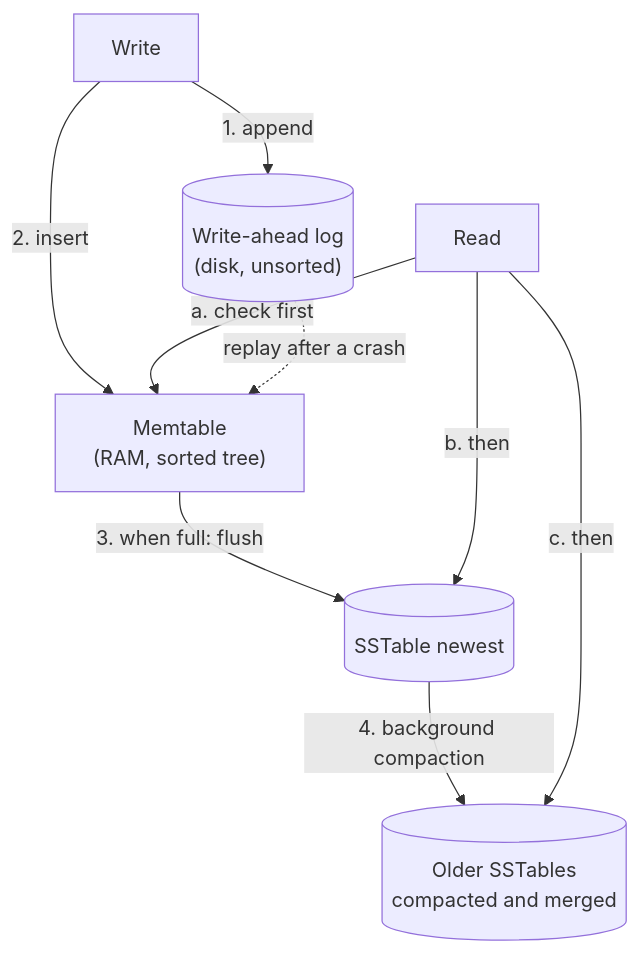
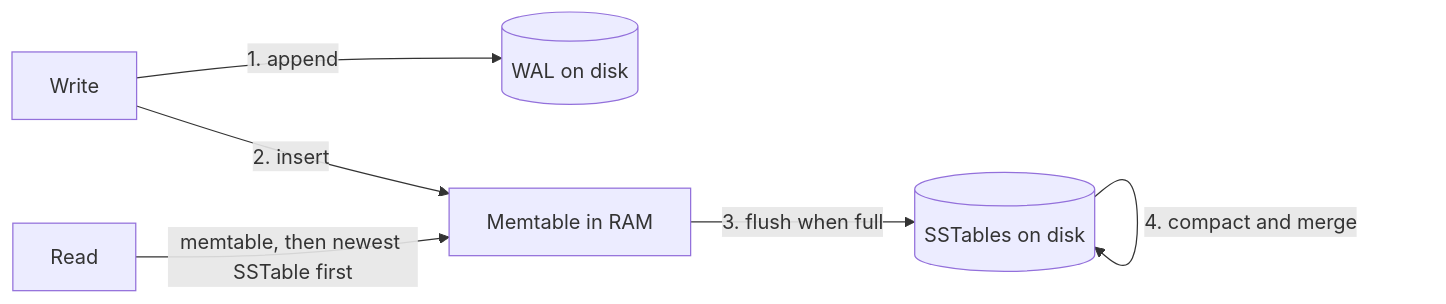
Before and after one commit to aaryan-pradhan/core-cs-fundamentals: the diagram in hld/17-storage-engines.md, drawn with Mermaid. The commit also changed other lines of this file, not shown here.

````diff
--- a/hld/17-storage-engines.md
+++ b/hld/17-storage-engines.md
@@ -141,11 +30,8 @@
 ```mermaid
-flowchart TB
-    W["Write"] -->|"1. append"| L[("Write-ahead log<br/>(disk, unsorted)")]
-    W -->|"2. insert"| MT["Memtable<br/>(RAM, sorted tree)"]
-    MT -->|"3. when full: flush"| S1[("SSTable newest")]
-    S1 -->|"4. background compaction"| S2[("Older SSTables<br/>compacted and merged")]
-    R["Read"] -->|"a. check first"| MT
-    R -->|"b. then"| S1
-    R -->|"c. then"| S2
-    L -.->|"replay after a crash"| MT
+flowchart LR
+    W["Write"] -->|"1. append"| L[("WAL on disk")]
+    W -->|"2. insert"| M["Memtable in RAM"]
+    M -->|"3. flush when full"| S[("SSTables on disk")]
+    S -->|"4. compact and merge"| S
+    R["Read"] -->|"memtable, then newest SSTable first"| M
 ```
````
